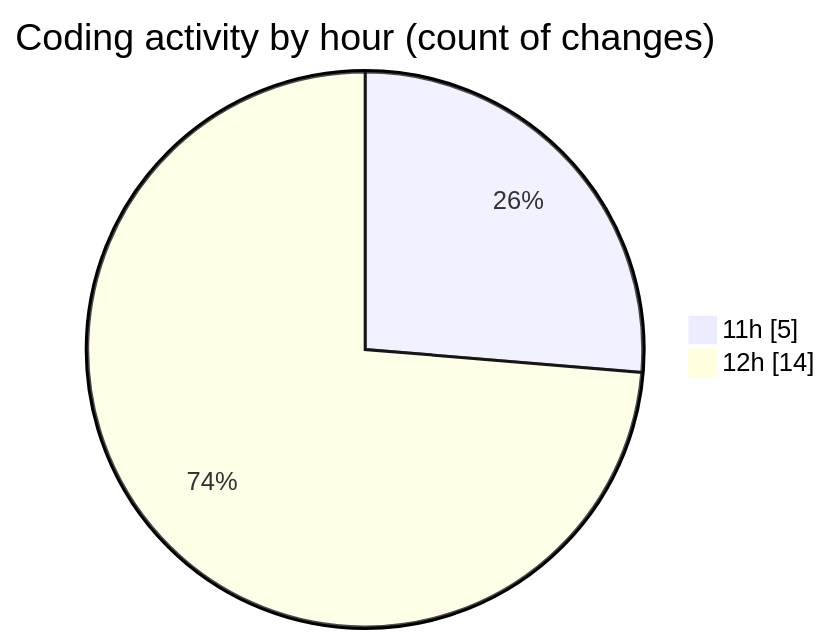
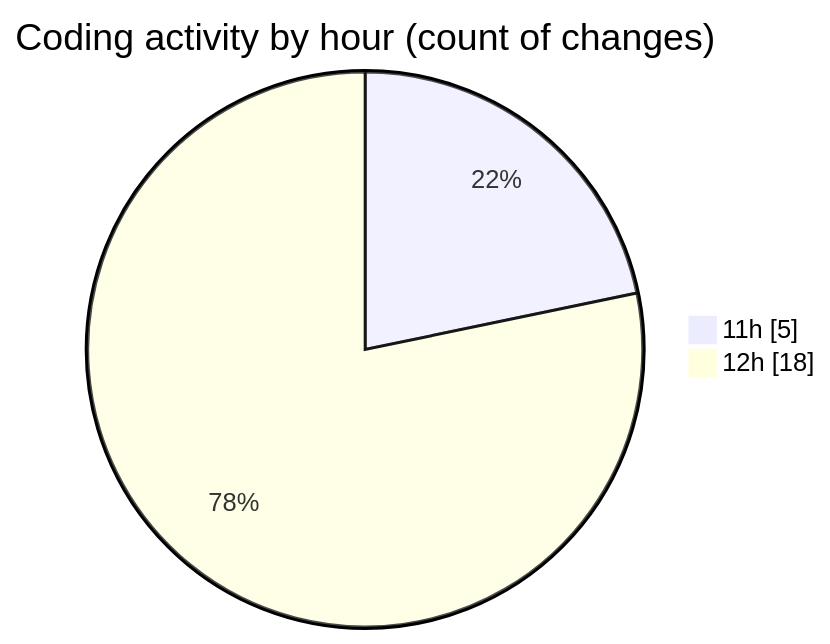
The second of 2 diagrams in 2025-07-11/cda/README.md (momahboobian/code-tracking), drawn with Mermaid before and after one commit. The commit also changed other lines of this file and 1 other file, not shown here.

````diff
--- a/2025-07-11/cda/README.md
+++ b/2025-07-11/cda/README.md
@@ -29,6 +30,6 @@
 ```mermaid
 pie showData
 title Coding activity by hour (count of changes)
 "11h" : 5
-"12h" : 14
+"12h" : 18
 ```
````
